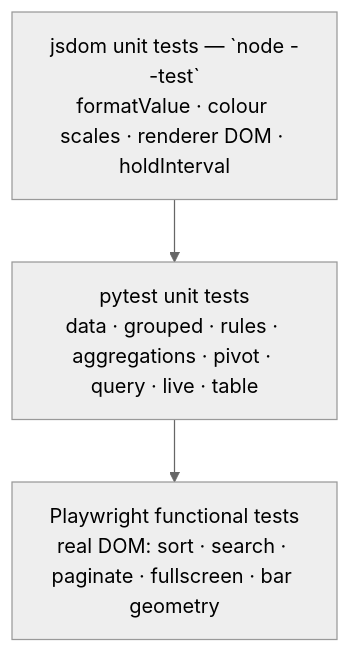
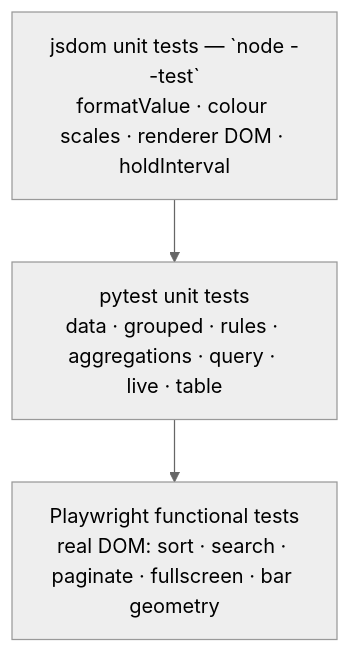
Before and after one commit to edouardp/evidential: the tenth of 10 diagrams in docs/technical-architecture.md, drawn with Mermaid (neutral theme). The commit also changed other lines of this file and 82 other files, not shown here.

Commit message:
Retire SQL table builders and prepare demo data upstream

````diff
--- a/docs/technical-architecture.md
+++ b/docs/technical-architecture.md
@@ -680,7 +642,7 @@
 ```mermaid
 flowchart TD
   U["jsdom unit tests — `node --test`<br/>formatValue · colour scales · renderer DOM · holdInterval"]
-  P["pytest unit tests<br/>data · grouped · rules · aggregations · pivot · query · live · table"]
+  P["pytest unit tests<br/>data · grouped · rules · aggregations · query · live · table"]
   B["Playwright functional tests<br/>real DOM: sort · search · paginate · fullscreen · bar geometry"]
   U --> P --> B
 ```
````
